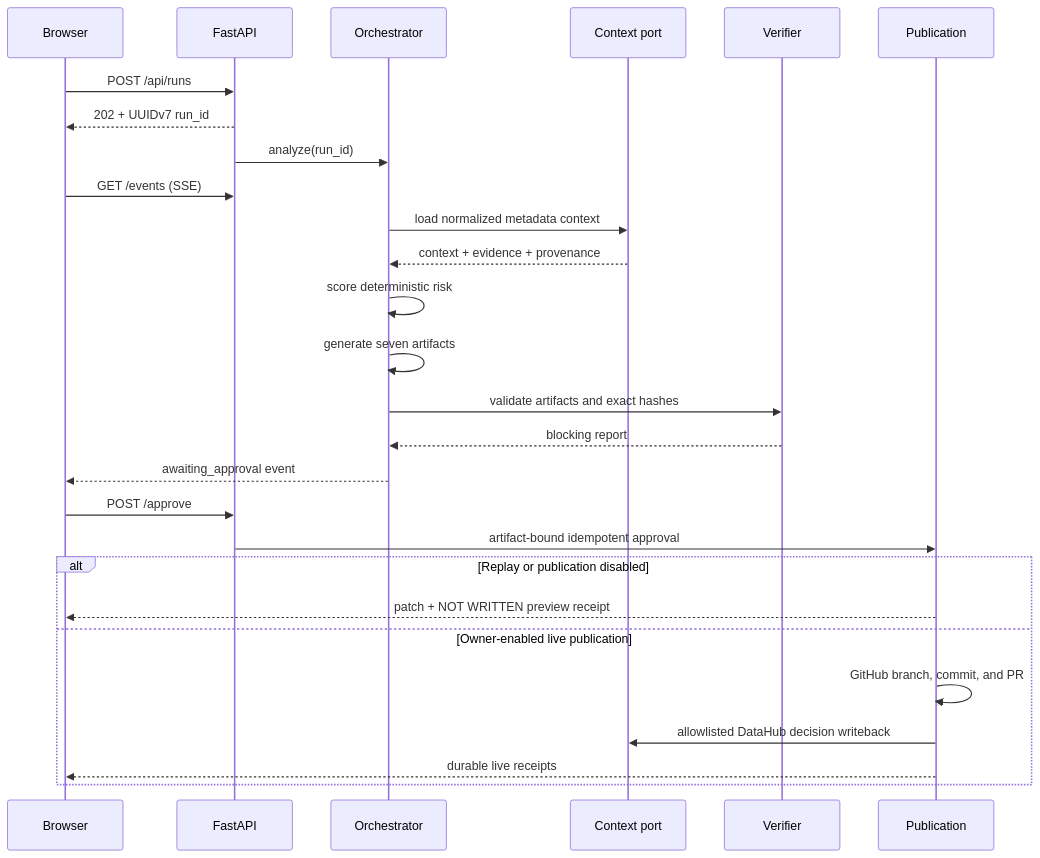
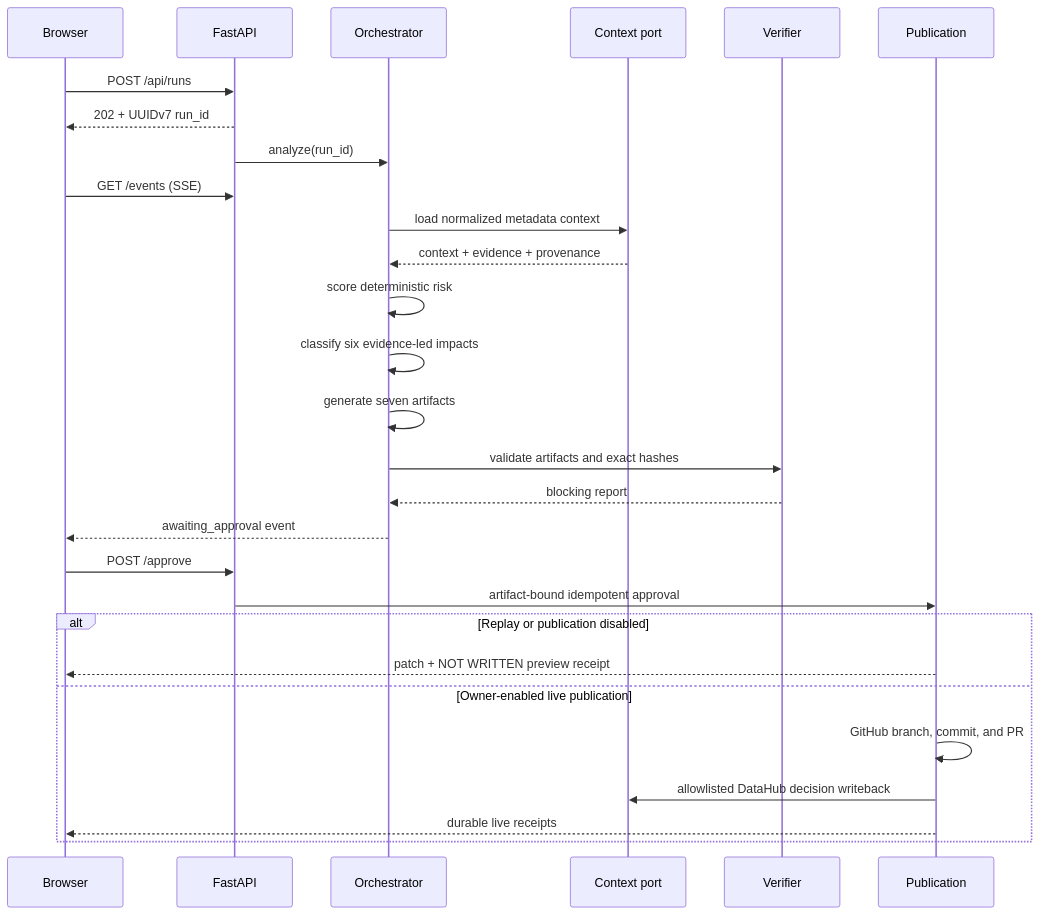
The second of 3 diagrams in docs/architecture.md (marker2601/changesafe), drawn with Mermaid before and after one commit. The commit also changed other lines of this file and 29 other files, not shown here.

````diff
--- a/docs/architecture.md
+++ b/docs/architecture.md
@@ -27,30 +28,31 @@
 ```mermaid
 sequenceDiagram
     participant UI as Browser
     participant API as FastAPI
     participant O as Orchestrator
     participant C as Context port
     participant V as Verifier
     participant P as Publication
 
     UI->>API: POST /api/runs
     API-->>UI: 202 + UUIDv7 run_id
     API->>O: analyze(run_id)
     UI->>API: GET /events (SSE)
     O->>C: load normalized metadata context
     C-->>O: context + evidence + provenance
     O->>O: score deterministic risk
+    O->>O: classify six evidence-led impacts
     O->>O: generate seven artifacts
     O->>V: validate artifacts and exact hashes
     V-->>O: blocking report
     O-->>UI: awaiting_approval event
     UI->>API: POST /approve
     API->>P: artifact-bound idempotent approval
     alt Replay or publication disabled
         P-->>UI: patch + NOT WRITTEN preview receipt
     else Owner-enabled live publication
         P->>P: GitHub branch, commit, and PR
         P->>C: allowlisted DataHub decision writeback
         P-->>UI: durable live receipts
     end
 ```
````
